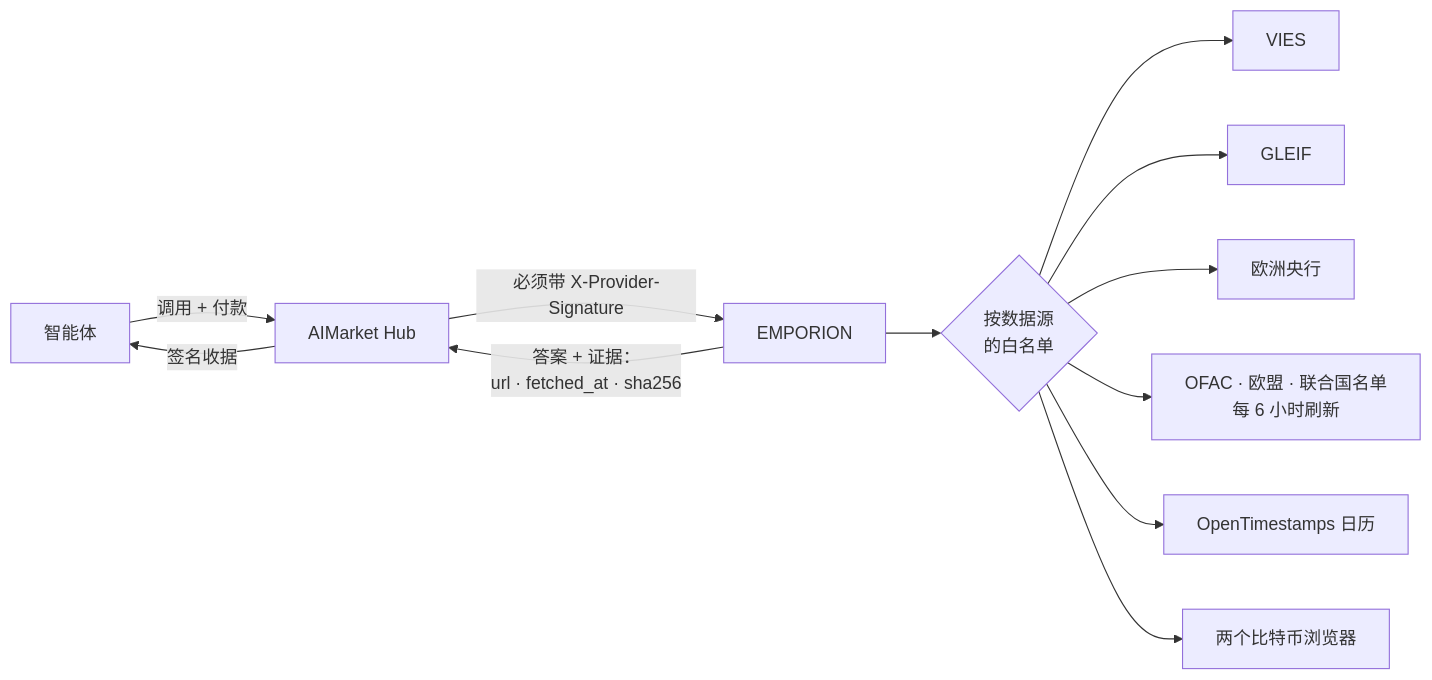
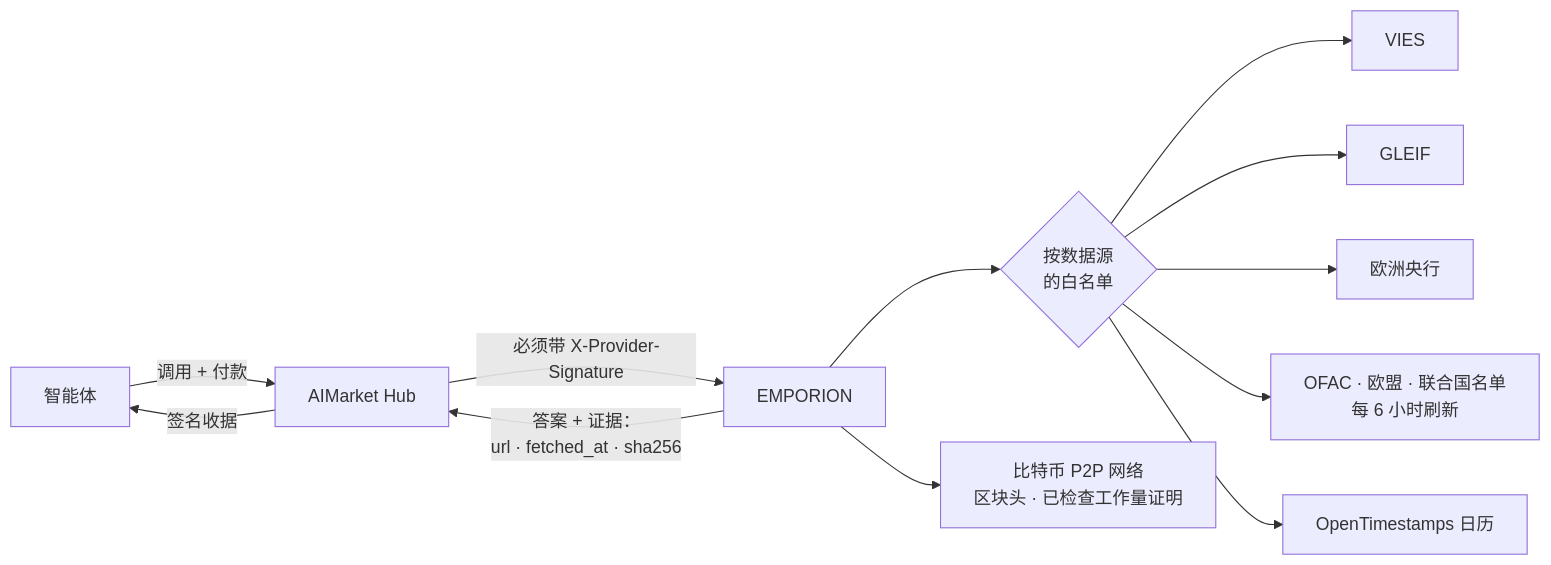
The first of 3 diagrams in README.zh.md (alexar76/emporion), drawn with Mermaid before and after one commit. The commit also changed other lines of this file and 26 other files, not shown here.

````diff
--- a/README.zh.md
+++ b/README.zh.md
@@ -53,14 +53,14 @@
 ```mermaid
 flowchart LR
     A[智能体] -->|调用 + 付款| H[AIMarket Hub]
     H -->|必须带 X-Provider-Signature| E[EMPORION]
     E --> N{按数据源<br/>的白名单}
     N --> V[VIES]
     N --> G[GLEIF]
     N --> C[欧洲央行]
     N --> S[OFAC · 欧盟 · 联合国名单<br/>每 6 小时刷新]
     N --> O[OpenTimestamps 日历]
-    N --> X[两个比特币浏览器]
+    E --> X[比特币 P2P 网络<br/>区块头 · 已检查工作量证明]
     E -->|答案 + 证据：<br/>url · fetched_at · sha256| H
     H -->|签名收据| A
 ```
````
